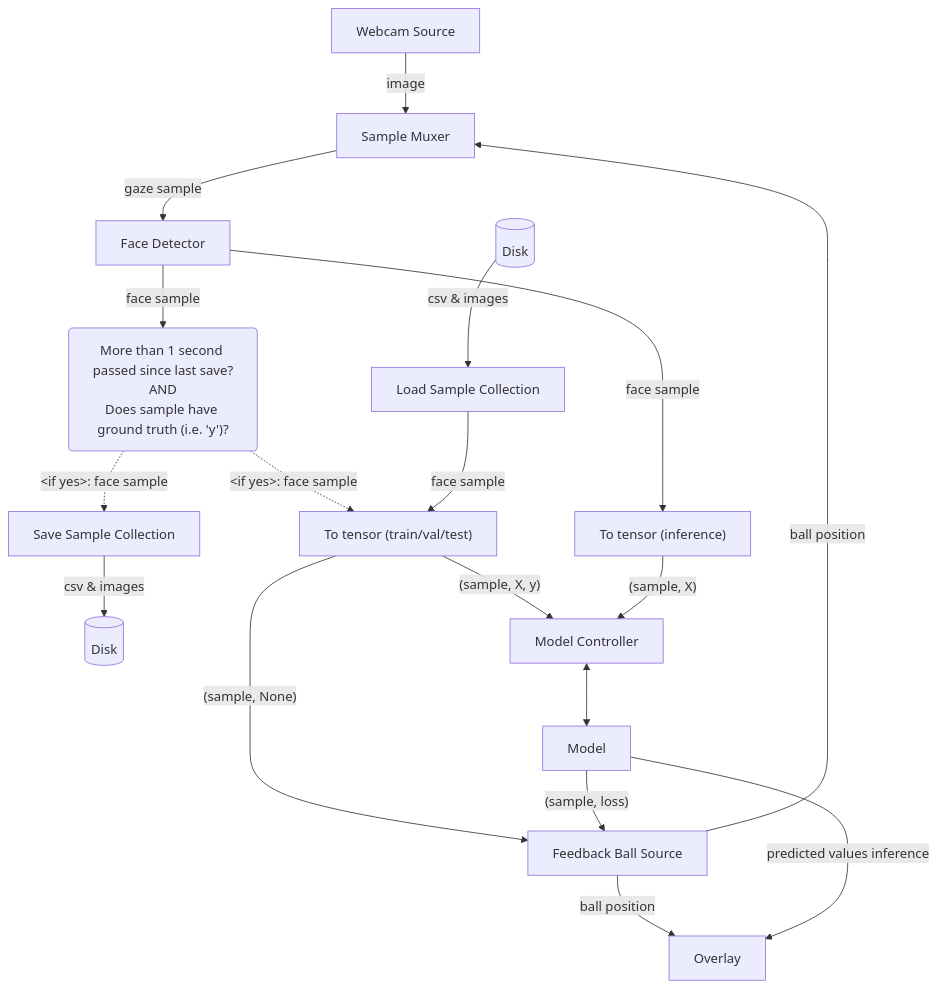
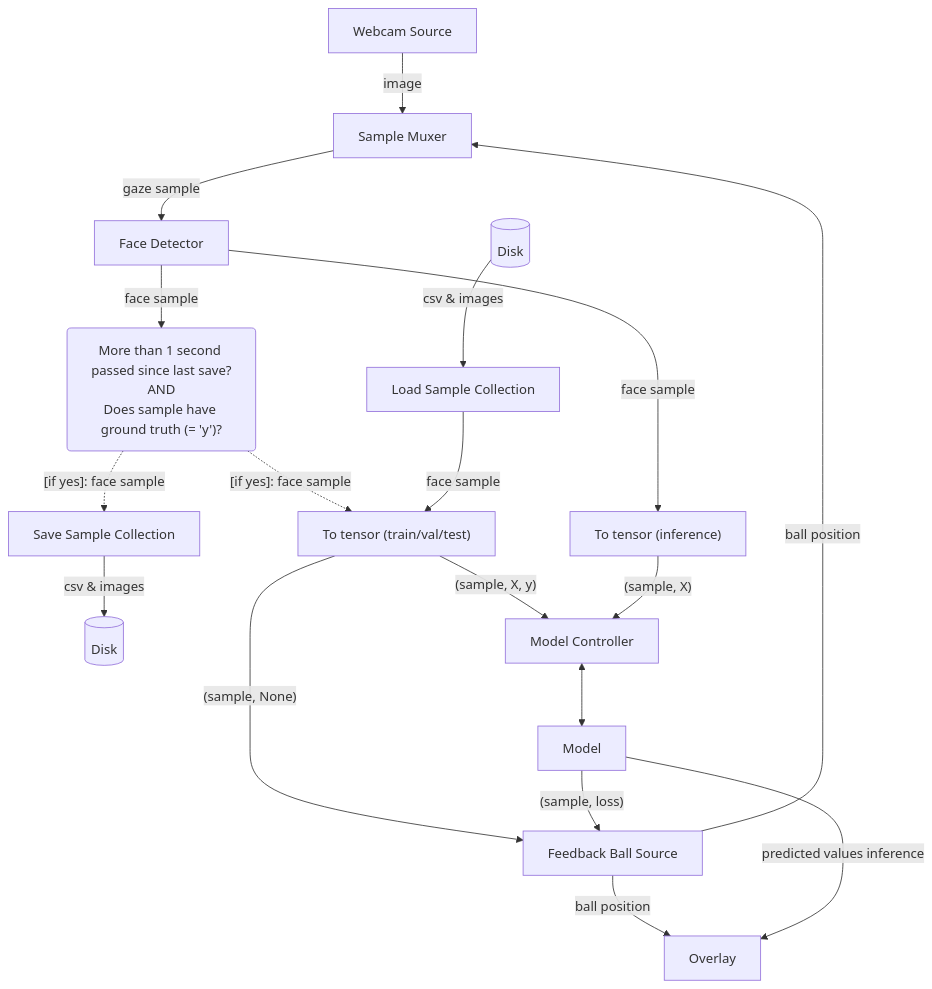
The diagram in examples/eye_tracker/README.md (BertRamlot/FlexML), drawn with Mermaid before and after one commit.

Commit message:
Fix formatting problems on github.com

````diff
--- a/examples/eye_tracker/README.md
+++ b/examples/eye_tracker/README.md
@@ -88,35 +88,35 @@
 ```mermaid
 graph TD;
     disk_output[(Disk)]
     img_src[Webcam Source]
     gt_src[Feedback Ball Source]
     model_ele[Model]
     gaze_to_face_convertor[Face Detector]
     disk_input[(Disk)]
     sample_muxer[Sample Muxer]
     model_cntrl[Model Controller]
     load_sample_coll[Load Sample Collection]
     save_sample_coll[Save Sample Collection]
     overlay[Overlay]
-    as_train_sample[To tensor &#40train/val/test&#41]
-    as_inference_sample[To tensor &#40inference&#41]
-    sample_filter(More than 1 second passed since last save?\nAND\nDoes sample have ground truth &#40i.e. 'y'&#41?)
+    as_train_sample["To tensor (train/val/test)"]
+    as_inference_sample["To tensor (inference)"]
+    sample_filter("More than 1 second passed since last save?\nAND\nDoes sample have ground truth (= 'y')?")
 
     img_src-->|image|sample_muxer
     gt_src-->|ball position|sample_muxer
     gt_src-->|ball position|overlay
     sample_muxer-->|gaze sample|gaze_to_face_convertor
     gaze_to_face_convertor-->|face sample|sample_filter
-    sample_filter-.->|&#60if yes&#62: face sample|save_sample_coll
-    sample_filter-.->|&#60if yes&#62: face sample|as_train_sample
+    sample_filter-.->|"[if yes]: face sample"|save_sample_coll
+    sample_filter-.->|"[if yes]: face sample"|as_train_sample
     gaze_to_face_convertor-->|face sample|as_inference_sample
     save_sample_coll-->|csv & images|disk_output
     disk_input-->|csv & images|load_sample_coll
     load_sample_coll-->|face sample|as_train_sample
-    as_train_sample-->|&#40sample, X, y&#41|model_cntrl
-    as_train_sample-->|&#40sample, None&#41|gt_src
-    as_inference_sample-->|&#40sample, X&#41|model_cntrl
+    as_train_sample-->|"(sample, X, y)"|model_cntrl
+    as_train_sample-->|"(sample, None)"|gt_src
+    as_inference_sample-->|"(sample, X)"|model_cntrl
     model_cntrl<-->model_ele
-    model_ele-->|&#40sample, loss&#41|gt_src
+    model_ele-->|"(sample, loss)"|gt_src
     model_ele-->|predicted values inference|overlay
 ```
````
